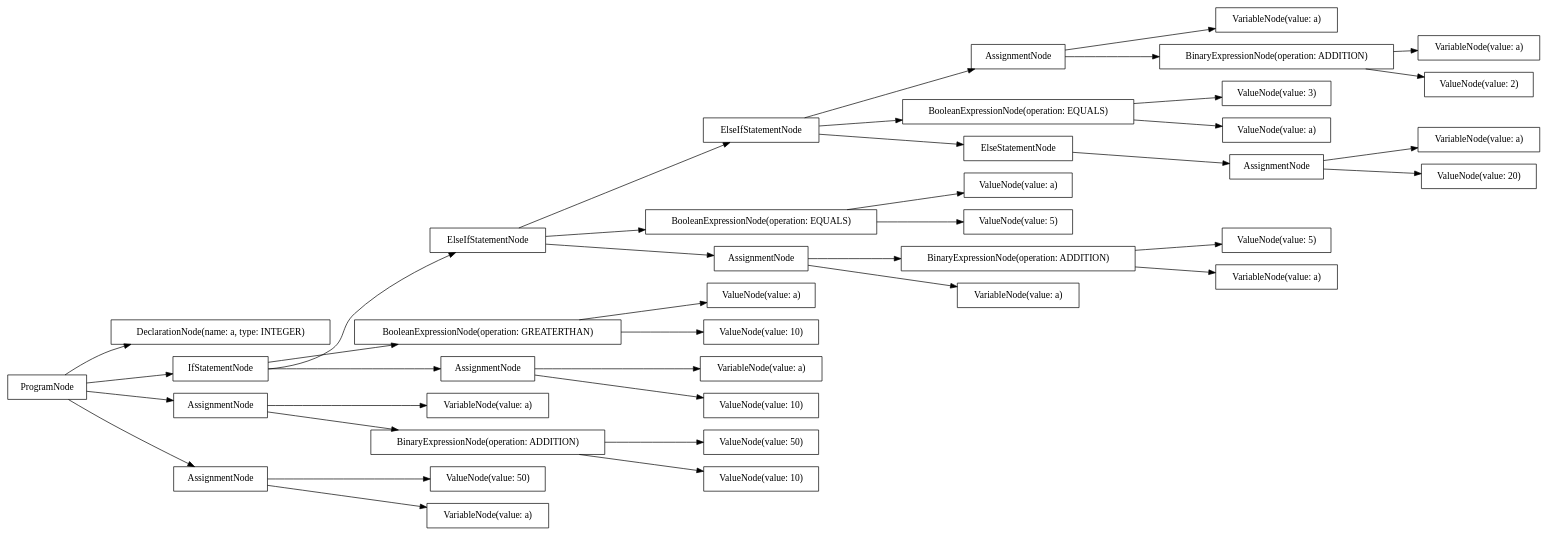
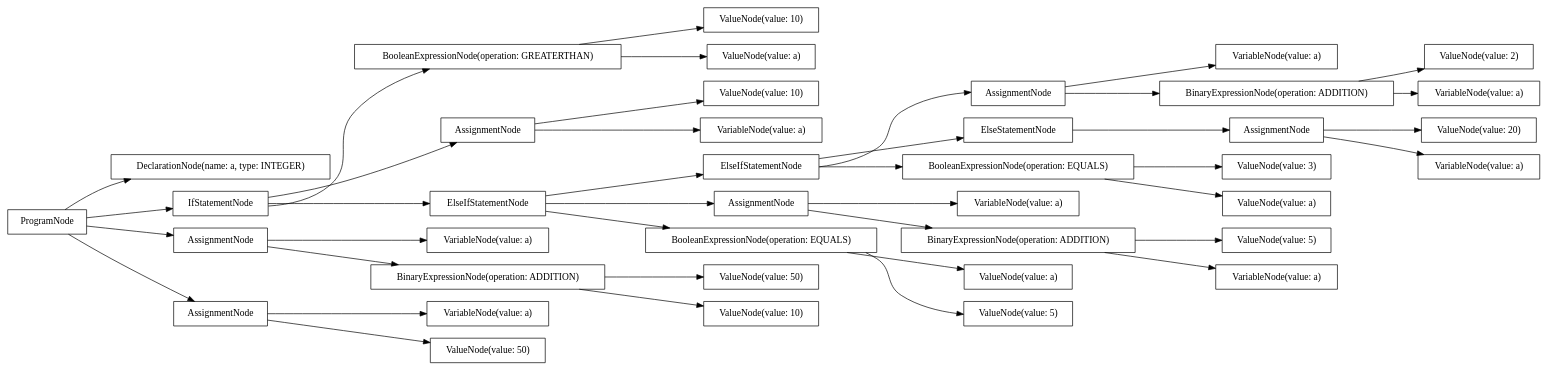
Before and after one commit to AtLeastITry/ANTLR-Python-Compiler: the diagram in src/output/dot/example-boolean.dot, drawn with Graphviz. The commit also changed 11 other files, not shown here.

Commit message:
WIP: fix dependency graph issues.

```diff
--- a/src/output/dot/example-boolean.dot
+++ b/src/output/dot/example-boolean.dot
@@ -1,80 +1,80 @@
 digraph G {
 rankdir=LR
-"af0103df-f634-48bc-b441-4ad29a242da6" [label="ValueNode(value: 50)" shape="box"];
-"b55d2ef2-f5d7-44ba-8a4b-29cd97dbaad6" [label="ValueNode(value: 5)" shape="box"];
-"43f5b8b2-9d1d-4c86-8663-8252ec6bc1cf" [label="ValueNode(value: 3)" shape="box"];
-"1d2fa2d6-f957-4ebe-bee5-6aa7bc3c4927" [label="ValueNode(value: 50)" shape="box"];
-"18f6fa3a-222d-4600-980b-c7a07c3c757c" [label="AssignmentNode" shape="box"];
-"d8ff9d16-d789-4c93-bdff-44fc3eb65fcb" [label="ProgramNode" shape="box"];
-"cd748c23-1301-4530-8ab7-728790052b81" [label="VariableNode(value: a)" shape="box"];
-"c88fcf72-c137-4558-aeee-552172fa18b4" [label="VariableNode(value: a)" shape="box"];
-"1e3785de-3e0c-4ee9-b64c-f55e02d24d18" [label="ElseIfStatementNode" shape="box"];
-"ef190997-a404-4bf9-a647-28f0ffab26bb" [label="VariableNode(value: a)" shape="box"];
-"ffed860e-287a-40d4-814e-af2066db6b2d" [label="BooleanExpressionNode(operation: EQUALS)" shape="box"];
-"2675bea1-ab41-4e89-a125-0a7d32ec887d" [label="BooleanExpressionNode(operation: EQUALS)" shape="box"];
-"29a21bcc-f52a-46ed-8d11-b7df0d1f8c6f" [label="VariableNode(value: a)" shape="box"];
-"dbc4c69a-24e6-4ac4-8a07-c675c003f055" [label="AssignmentNode" shape="box"];
-"ec97d169-5856-4141-8be7-59cdb92a1571" [label="ValueNode(value: 2)" shape="box"];
-"be6ddc58-6988-4bbf-98d2-0485863cc530" [label="ValueNode(value: a)" shape="box"];
-"0609c6ef-50a8-4614-a6bf-cc61953849e7" [label="ElseIfStatementNode" shape="box"];
-"14db5716-f512-43a6-9778-41ad71a65e16" [label="DeclarationNode(name: a, type: INTEGER)" shape="box"];
-"c41a21ad-fe59-4fc7-bc33-43c07114ca11" [label="BooleanExpressionNode(operation: GREATERTHAN)" shape="box"];
-"9fab5d33-d874-4b91-8e6e-ba7f7d7f2732" [label="ValueNode(value: 10)" shape="box"];
-"e2ed2f87-f9f0-48b5-90d5-21f785c63469" [label="IfStatementNode" shape="box"];
-"80f5aefb-a5da-42ac-8085-1076620f9627" [label="BinaryExpressionNode(operation: ADDITION)" shape="box"];
-"61b63e41-2a90-4978-8c01-549b80d30cb2" [label="ValueNode(value: 20)" shape="box"];
-"8e5c3482-da63-4824-8042-88edd3af18bc" [label="ValueNode(value: a)" shape="box"];
-"ce91dfb7-dbb4-4a6d-9af1-f88c3d204b07" [label="AssignmentNode" shape="box"];
-"7e8a3bd3-d999-4969-b997-be9cda2725ae" [label="AssignmentNode" shape="box"];
-"077df27d-b401-4299-a518-65ddc0926fe4" [label="ValueNode(value: 10)" shape="box"];
-"ebf32813-4a3f-4b31-9f8c-172a6cb6f6d2" [label="VariableNode(value: a)" shape="box"];
-"b63cca30-6bf1-404e-9e01-b24da2d9c34a" [label="AssignmentNode" shape="box"];
-"795fa142-34d4-4e63-b33b-6a4d645a1aeb" [label="VariableNode(value: a)" shape="box"];
-"abaae116-ad1a-44ee-a79c-690011c2e579" [label="ElseStatementNode" shape="box"];
-"5c04540b-d0e8-4c87-9081-fbb418304213" [label="AssignmentNode" shape="box"];
-"36952a87-1d37-423e-9d2d-44adf4334d90" [label="ValueNode(value: a)" shape="box"];
-"df902587-f30f-4ae8-88fb-6be48d10ac85" [label="BinaryExpressionNode(operation: ADDITION)" shape="box"];
-"54df8650-d97b-48da-b54b-9007e3ccde95" [label="VariableNode(value: a)" shape="box"];
-"a91eee87-2fe6-4ad3-9a7c-11d4f3df7f60" [label="BinaryExpressionNode(operation: ADDITION)" shape="box"];
-"62e789a1-6620-4136-a0a3-c3a97e8e826b" [label="ValueNode(value: 10)" shape="box"];
-"04993cff-0bbc-4d91-a85e-07e4f6ef0561" [label="ValueNode(value: 5)" shape="box"];
-"c5d89d95-1a62-487b-8574-74cbe935efe1" [label="VariableNode(value: a)" shape="box"];
-"d8ff9d16-d789-4c93-bdff-44fc3eb65fcb" -> "14db5716-f512-43a6-9778-41ad71a65e16";
-"d8ff9d16-d789-4c93-bdff-44fc3eb65fcb" -> "7e8a3bd3-d999-4969-b997-be9cda2725ae";
-"7e8a3bd3-d999-4969-b997-be9cda2725ae" -> "ebf32813-4a3f-4b31-9f8c-172a6cb6f6d2";
-"7e8a3bd3-d999-4969-b997-be9cda2725ae" -> "af0103df-f634-48bc-b441-4ad29a242da6";
-"d8ff9d16-d789-4c93-bdff-44fc3eb65fcb" -> "e2ed2f87-f9f0-48b5-90d5-21f785c63469";
-"e2ed2f87-f9f0-48b5-90d5-21f785c63469" -> "c41a21ad-fe59-4fc7-bc33-43c07114ca11";
-"c41a21ad-fe59-4fc7-bc33-43c07114ca11" -> "be6ddc58-6988-4bbf-98d2-0485863cc530";
-"c41a21ad-fe59-4fc7-bc33-43c07114ca11" -> "9fab5d33-d874-4b91-8e6e-ba7f7d7f2732";
-"e2ed2f87-f9f0-48b5-90d5-21f785c63469" -> "b63cca30-6bf1-404e-9e01-b24da2d9c34a";
-"b63cca30-6bf1-404e-9e01-b24da2d9c34a" -> "cd748c23-1301-4530-8ab7-728790052b81";
-"b63cca30-6bf1-404e-9e01-b24da2d9c34a" -> "62e789a1-6620-4136-a0a3-c3a97e8e826b";
-"e2ed2f87-f9f0-48b5-90d5-21f785c63469" -> "0609c6ef-50a8-4614-a6bf-cc61953849e7";
-"0609c6ef-50a8-4614-a6bf-cc61953849e7" -> "ffed860e-287a-40d4-814e-af2066db6b2d";
-"ffed860e-287a-40d4-814e-af2066db6b2d" -> "36952a87-1d37-423e-9d2d-44adf4334d90";
-"ffed860e-287a-40d4-814e-af2066db6b2d" -> "04993cff-0bbc-4d91-a85e-07e4f6ef0561";
-"0609c6ef-50a8-4614-a6bf-cc61953849e7" -> "dbc4c69a-24e6-4ac4-8a07-c675c003f055";
-"dbc4c69a-24e6-4ac4-8a07-c675c003f055" -> "c5d89d95-1a62-487b-8574-74cbe935efe1";
-"dbc4c69a-24e6-4ac4-8a07-c675c003f055" -> "df902587-f30f-4ae8-88fb-6be48d10ac85";
-"df902587-f30f-4ae8-88fb-6be48d10ac85" -> "795fa142-34d4-4e63-b33b-6a4d645a1aeb";
-"df902587-f30f-4ae8-88fb-6be48d10ac85" -> "b55d2ef2-f5d7-44ba-8a4b-29cd97dbaad6";
-"0609c6ef-50a8-4614-a6bf-cc61953849e7" -> "1e3785de-3e0c-4ee9-b64c-f55e02d24d18";
-"1e3785de-3e0c-4ee9-b64c-f55e02d24d18" -> "2675bea1-ab41-4e89-a125-0a7d32ec887d";
-"2675bea1-ab41-4e89-a125-0a7d32ec887d" -> "8e5c3482-da63-4824-8042-88edd3af18bc";
-"2675bea1-ab41-4e89-a125-0a7d32ec887d" -> "43f5b8b2-9d1d-4c86-8663-8252ec6bc1cf";
-"1e3785de-3e0c-4ee9-b64c-f55e02d24d18" -> "18f6fa3a-222d-4600-980b-c7a07c3c757c";
-"18f6fa3a-222d-4600-980b-c7a07c3c757c" -> "ef190997-a404-4bf9-a647-28f0ffab26bb";
-"18f6fa3a-222d-4600-980b-c7a07c3c757c" -> "80f5aefb-a5da-42ac-8085-1076620f9627";
-"80f5aefb-a5da-42ac-8085-1076620f9627" -> "c88fcf72-c137-4558-aeee-552172fa18b4";
-"80f5aefb-a5da-42ac-8085-1076620f9627" -> "ec97d169-5856-4141-8be7-59cdb92a1571";
-"1e3785de-3e0c-4ee9-b64c-f55e02d24d18" -> "abaae116-ad1a-44ee-a79c-690011c2e579";
-"abaae116-ad1a-44ee-a79c-690011c2e579" -> "5c04540b-d0e8-4c87-9081-fbb418304213";
-"5c04540b-d0e8-4c87-9081-fbb418304213" -> "29a21bcc-f52a-46ed-8d11-b7df0d1f8c6f";
-"5c04540b-d0e8-4c87-9081-fbb418304213" -> "61b63e41-2a90-4978-8c01-549b80d30cb2";
-"d8ff9d16-d789-4c93-bdff-44fc3eb65fcb" -> "ce91dfb7-dbb4-4a6d-9af1-f88c3d204b07";
-"ce91dfb7-dbb4-4a6d-9af1-f88c3d204b07" -> "54df8650-d97b-48da-b54b-9007e3ccde95";
-"ce91dfb7-dbb4-4a6d-9af1-f88c3d204b07" -> "a91eee87-2fe6-4ad3-9a7c-11d4f3df7f60";
-"a91eee87-2fe6-4ad3-9a7c-11d4f3df7f60" -> "077df27d-b401-4299-a518-65ddc0926fe4";
-"a91eee87-2fe6-4ad3-9a7c-11d4f3df7f60" -> "1d2fa2d6-f957-4ebe-bee5-6aa7bc3c4927";
+"fc91473d-916f-4ab2-8137-911f1be87f73" [label="ValueNode(value: 5)" shape="box"];
+"b1a84f69-2ea3-4959-be6c-c0fd0f7e8416" [label="ValueNode(value: 2)" shape="box"];
+"89944111-6b19-4f9b-bcec-f4814f4ce5a5" [label="ValueNode(value: 10)" shape="box"];
+"ab3f13bc-73a8-4540-acc8-3ad2bf3538c0" [label="ValueNode(value: a)" shape="box"];
+"0ac69b6e-9ba3-409f-8cf1-62db7f14176f" [label="VariableNode(value: a)" shape="box"];
+"c065e7d3-8b35-4d64-8308-78f357e1ad7b" [label="ValueNode(value: 50)" shape="box"];
+"f0733639-56bd-499f-8349-3ff93522e230" [label="ValueNode(value: 3)" shape="box"];
+"306aff1c-b40f-4a07-b8b6-47232298e7ff" [label="ElseIfStatementNode" shape="box"];
+"3bbb63ff-b3f7-42f9-a0df-03fc9f4ad7ef" [label="VariableNode(value: a)" shape="box"];
+"de28a276-73ef-4193-9a1a-cc5c6751b8fa" [label="ProgramNode" shape="box"];
+"c2c061d8-b27f-4a42-b448-9160d014e396" [label="BooleanExpressionNode(operation: GREATERTHAN)" shape="box"];
+"242ff0c8-fccf-476d-89c4-c4b8a78e2e38" [label="AssignmentNode" shape="box"];
+"e7dc4390-a60f-4a0c-ba93-c32d9e15e8f6" [label="DeclarationNode(name: a, type: INTEGER)" shape="box"];
+"d159b282-c141-4a9a-95fb-8f04d90293ee" [label="ValueNode(value: 10)" shape="box"];
+"c4a2b822-7f05-4318-b1ba-75717c2b2429" [label="AssignmentNode" shape="box"];
+"7b451699-1c57-418b-836e-758edf3a47ce" [label="VariableNode(value: a)" shape="box"];
+"80edd050-2043-4fe4-bae9-e3055e8177a1" [label="AssignmentNode" shape="box"];
+"d9e2c5c9-7480-4fa2-b885-3415321c085d" [label="IfStatementNode" shape="box"];
+"90d76899-32f7-44b2-a9d0-ee53925bd94e" [label="ValueNode(value: a)" shape="box"];
+"6e37471e-0616-47db-b288-9bb60af81342" [label="ValueNode(value: 50)" shape="box"];
+"a00b871d-07b6-4edb-8d01-30f4f48b17e6" [label="BinaryExpressionNode(operation: ADDITION)" shape="box"];
+"97ceb153-4726-45c8-bc2f-00b0f4f4a3bc" [label="AssignmentNode" shape="box"];
+"58248deb-caf8-48e9-8999-b710310133f1" [label="ValueNode(value: 10)" shape="box"];
+"ed2e747e-a792-42ca-a5eb-33b4a64f43b0" [label="VariableNode(value: a)" shape="box"];
+"189de258-eb5c-4a9b-932b-47d4553277e5" [label="BinaryExpressionNode(operation: ADDITION)" shape="box"];
+"9287ad70-6315-40d4-b38d-9bc426ac5ab8" [label="AssignmentNode" shape="box"];
+"66cfd2fc-9af1-4ab0-9630-2a0f55f26114" [label="ValueNode(value: a)" shape="box"];
+"d0d5b5ca-754b-4d21-bbf2-08b175c5e19e" [label="ValueNode(value: 20)" shape="box"];
+"5ab7579e-3e25-4599-8efa-fc4d6176693a" [label="VariableNode(value: a)" shape="box"];
+"dde07722-2488-496e-8c2f-efb0a4e8e03c" [label="BooleanExpressionNode(operation: EQUALS)" shape="box"];
+"868b1508-e541-40a0-9035-4de8040bd49b" [label="VariableNode(value: a)" shape="box"];
+"55da513b-a6b1-41c3-af15-24bcf8e1c2b4" [label="AssignmentNode" shape="box"];
+"0a5fbe4b-16e7-476d-a464-c42e9e8553a4" [label="ElseIfStatementNode" shape="box"];
+"4e4d44f8-b34f-4a59-8c76-927628f4b360" [label="VariableNode(value: a)" shape="box"];
+"9ec037fb-97b8-490c-84cf-53334eb4ba70" [label="VariableNode(value: a)" shape="box"];
+"a88d92ee-3245-4645-b84a-a90f8ee108bf" [label="ValueNode(value: 5)" shape="box"];
+"8064e8df-728e-4230-9685-b7cc7e5ce0ed" [label="ElseStatementNode" shape="box"];
+"17190af0-00fa-4a03-8443-b88405b8d0d1" [label="BooleanExpressionNode(operation: EQUALS)" shape="box"];
+"5dcded86-6654-414d-af39-f00399d01507" [label="BinaryExpressionNode(operation: ADDITION)" shape="box"];
+"de28a276-73ef-4193-9a1a-cc5c6751b8fa" -> "e7dc4390-a60f-4a0c-ba93-c32d9e15e8f6";
+"de28a276-73ef-4193-9a1a-cc5c6751b8fa" -> "9287ad70-6315-40d4-b38d-9bc426ac5ab8";
+"9287ad70-6315-40d4-b38d-9bc426ac5ab8" -> "0ac69b6e-9ba3-409f-8cf1-62db7f14176f";
+"9287ad70-6315-40d4-b38d-9bc426ac5ab8" -> "6e37471e-0616-47db-b288-9bb60af81342";
+"de28a276-73ef-4193-9a1a-cc5c6751b8fa" -> "d9e2c5c9-7480-4fa2-b885-3415321c085d";
+"d9e2c5c9-7480-4fa2-b885-3415321c085d" -> "c2c061d8-b27f-4a42-b448-9160d014e396";
+"c2c061d8-b27f-4a42-b448-9160d014e396" -> "90d76899-32f7-44b2-a9d0-ee53925bd94e";
+"c2c061d8-b27f-4a42-b448-9160d014e396" -> "89944111-6b19-4f9b-bcec-f4814f4ce5a5";
+"d9e2c5c9-7480-4fa2-b885-3415321c085d" -> "80edd050-2043-4fe4-bae9-e3055e8177a1";
+"80edd050-2043-4fe4-bae9-e3055e8177a1" -> "4e4d44f8-b34f-4a59-8c76-927628f4b360";
+"80edd050-2043-4fe4-bae9-e3055e8177a1" -> "58248deb-caf8-48e9-8999-b710310133f1";
+"d9e2c5c9-7480-4fa2-b885-3415321c085d" -> "0a5fbe4b-16e7-476d-a464-c42e9e8553a4";
+"0a5fbe4b-16e7-476d-a464-c42e9e8553a4" -> "dde07722-2488-496e-8c2f-efb0a4e8e03c";
+"dde07722-2488-496e-8c2f-efb0a4e8e03c" -> "ab3f13bc-73a8-4540-acc8-3ad2bf3538c0";
+"dde07722-2488-496e-8c2f-efb0a4e8e03c" -> "a88d92ee-3245-4645-b84a-a90f8ee108bf";
+"0a5fbe4b-16e7-476d-a464-c42e9e8553a4" -> "c4a2b822-7f05-4318-b1ba-75717c2b2429";
+"c4a2b822-7f05-4318-b1ba-75717c2b2429" -> "868b1508-e541-40a0-9035-4de8040bd49b";
+"c4a2b822-7f05-4318-b1ba-75717c2b2429" -> "5dcded86-6654-414d-af39-f00399d01507";
+"5dcded86-6654-414d-af39-f00399d01507" -> "7b451699-1c57-418b-836e-758edf3a47ce";
+"5dcded86-6654-414d-af39-f00399d01507" -> "fc91473d-916f-4ab2-8137-911f1be87f73";
+"0a5fbe4b-16e7-476d-a464-c42e9e8553a4" -> "306aff1c-b40f-4a07-b8b6-47232298e7ff";
+"306aff1c-b40f-4a07-b8b6-47232298e7ff" -> "17190af0-00fa-4a03-8443-b88405b8d0d1";
+"17190af0-00fa-4a03-8443-b88405b8d0d1" -> "66cfd2fc-9af1-4ab0-9630-2a0f55f26114";
+"17190af0-00fa-4a03-8443-b88405b8d0d1" -> "f0733639-56bd-499f-8349-3ff93522e230";
+"306aff1c-b40f-4a07-b8b6-47232298e7ff" -> "242ff0c8-fccf-476d-89c4-c4b8a78e2e38";
+"242ff0c8-fccf-476d-89c4-c4b8a78e2e38" -> "3bbb63ff-b3f7-42f9-a0df-03fc9f4ad7ef";
+"242ff0c8-fccf-476d-89c4-c4b8a78e2e38" -> "a00b871d-07b6-4edb-8d01-30f4f48b17e6";
+"a00b871d-07b6-4edb-8d01-30f4f48b17e6" -> "9ec037fb-97b8-490c-84cf-53334eb4ba70";
+"a00b871d-07b6-4edb-8d01-30f4f48b17e6" -> "b1a84f69-2ea3-4959-be6c-c0fd0f7e8416";
+"306aff1c-b40f-4a07-b8b6-47232298e7ff" -> "8064e8df-728e-4230-9685-b7cc7e5ce0ed";
+"8064e8df-728e-4230-9685-b7cc7e5ce0ed" -> "55da513b-a6b1-41c3-af15-24bcf8e1c2b4";
+"55da513b-a6b1-41c3-af15-24bcf8e1c2b4" -> "5ab7579e-3e25-4599-8efa-fc4d6176693a";
+"55da513b-a6b1-41c3-af15-24bcf8e1c2b4" -> "d0d5b5ca-754b-4d21-bbf2-08b175c5e19e";
+"de28a276-73ef-4193-9a1a-cc5c6751b8fa" -> "97ceb153-4726-45c8-bc2f-00b0f4f4a3bc";
+"97ceb153-4726-45c8-bc2f-00b0f4f4a3bc" -> "ed2e747e-a792-42ca-a5eb-33b4a64f43b0";
+"97ceb153-4726-45c8-bc2f-00b0f4f4a3bc" -> "189de258-eb5c-4a9b-932b-47d4553277e5";
+"189de258-eb5c-4a9b-932b-47d4553277e5" -> "d159b282-c141-4a9a-95fb-8f04d90293ee";
+"189de258-eb5c-4a9b-932b-47d4553277e5" -> "c065e7d3-8b35-4d64-8308-78f357e1ad7b";
 }
```
